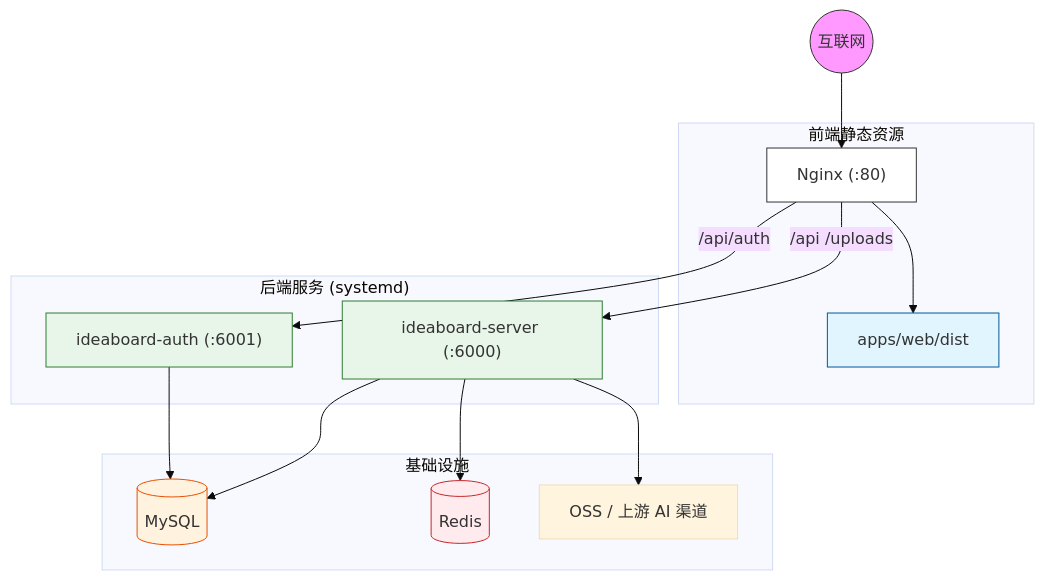
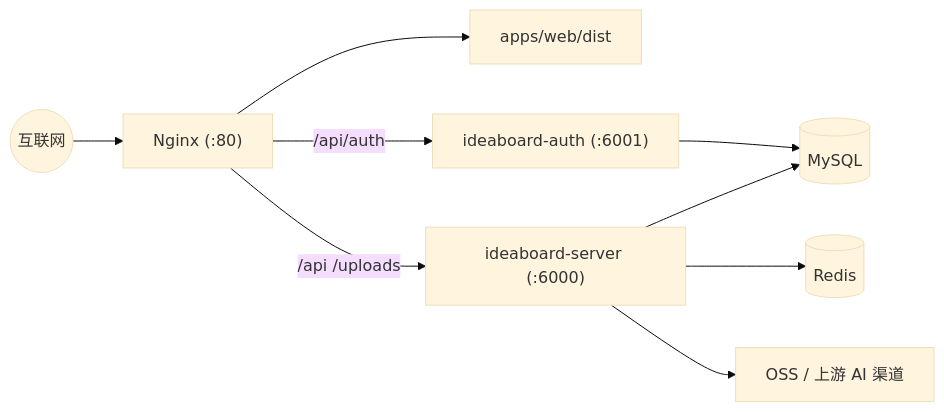
Before and after one commit to Ericsunsk/IdeaBoard: the diagram in DEPLOYMENT.md, drawn with Mermaid (base theme).

Commit message:
docs: align deployment topology style with development manual

````diff
--- a/DEPLOYMENT.md
+++ b/DEPLOYMENT.md
@@ -38,28 +38,13 @@
 ```mermaid
-graph TD
-    User((互联网)) --> Nginx["Nginx (:80)"]
+graph LR
+    Internet((互联网)) --> Nginx["Nginx (:80)"]
     
-    subgraph "前端静态资源"
-        Nginx --> Web["apps/web/dist"]
-    end
+    Nginx --> Web["apps/web/dist"]
+    Nginx -- "/api/auth" --> Auth["ideaboard-auth (:6001)"]
+    Nginx -- "/api /uploads" --> Server["ideaboard-server (:6000)"]
     
-    subgraph "后端服务 (systemd)"
-        Nginx -- "/api/auth" --> Auth["ideaboard-auth (:6001)"]
-        Nginx -- "/api /uploads" --> Server["ideaboard-server (:6000)"]
-    end
-    
-    subgraph "基础设施"
-        Auth --> MySQL[(MySQL)]
-        Server --> MySQL
-        Server --> Redis[(Redis)]
-        Server --> OSS["OSS / 上游 AI 渠道"]
-    end
-
-    style User fill:#f9f,stroke:#333
-    style Nginx fill:#fff,stroke:#333
-    style Web fill:#e1f5fe,stroke:#01579b
-    style Auth fill:#e8f5e9,stroke:#2e7d32
-    style Server fill:#e8f5e9,stroke:#2e7d32
-    style MySQL fill:#fff3e0,stroke:#e65100
-    style Redis fill:#ffebee,stroke:#c62828
+    Auth --> MySQL[("MySQL")]
+    Server --> MySQL
+    Server --> Redis[("Redis")]
+    Server --> AI["OSS / 上游 AI 渠道"]
 ```
````
